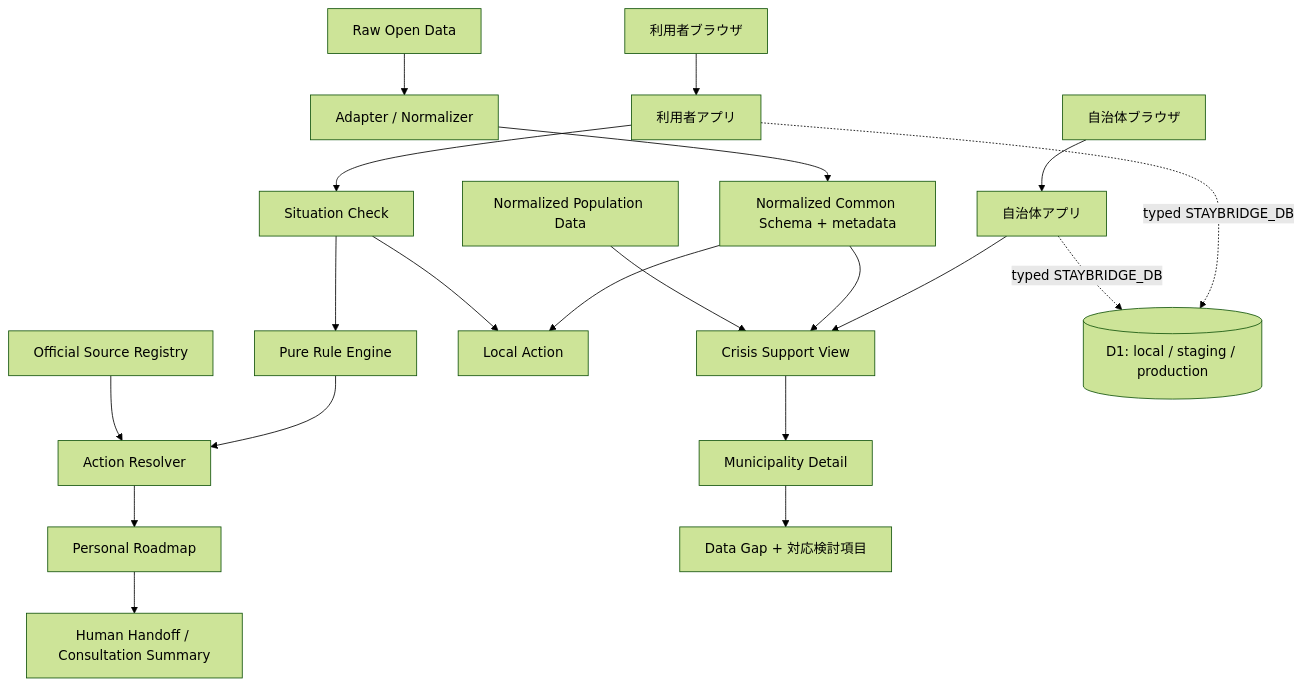
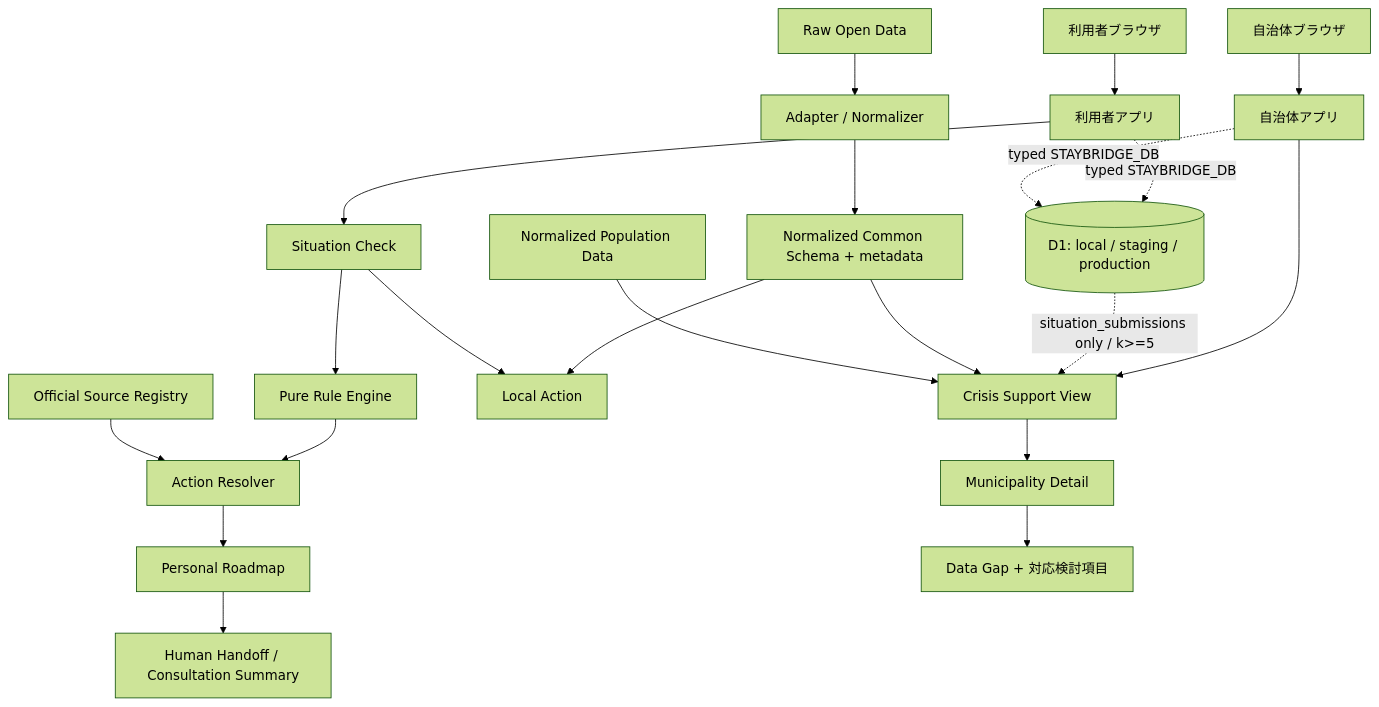
The diagram in docs/architecture.md (kuraryu405/tokyo-opendata), drawn with Mermaid (forest theme) before and after one commit. The commit also changed other lines of this file and 16 other files, not shown here.

````diff
--- a/docs/architecture.md
+++ b/docs/architecture.md
@@ -3,22 +3,23 @@
 ```mermaid
 flowchart TD
   UB[利用者ブラウザ] --> UA[利用者アプリ]
   UA --> S[Situation Check]
   S --> R[Pure Rule Engine]
   R --> A[Action Resolver]
   O[Official Source Registry] --> A
   D[Raw Open Data] --> N[Adapter / Normalizer]
   N --> C[Normalized Common Schema + metadata]
   C --> L[Local Action]
   A --> P[Personal Roadmap]
   P --> H[Human Handoff / Consultation Summary]
   S --> L
   MB[自治体ブラウザ] --> MA[自治体アプリ]
   MA --> CV[Crisis Support View]
   UA -. typed STAYBRIDGE_DB .-> D1[(D1: local / staging / production)]
   MA -. typed STAYBRIDGE_DB .-> D1
+  D1 -. situation_submissions only / k>=5 .-> CV
   C --> CV
   POP[Normalized Population Data] --> CV
   CV --> M[Municipality Detail]
   M --> G[Data Gap + 対応検討項目]
 ```
````
